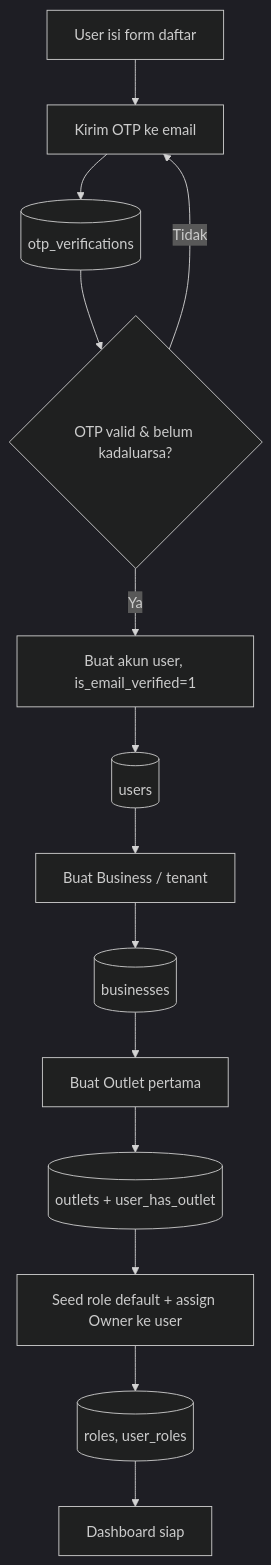
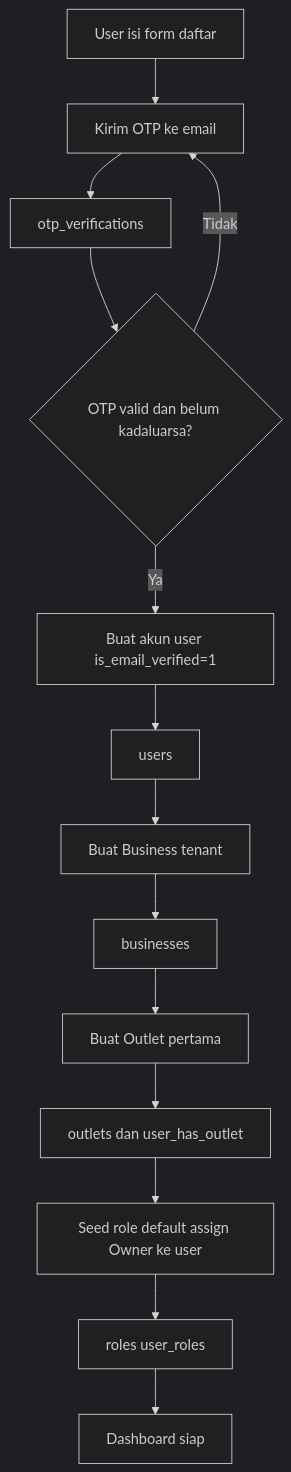
One commit to pnjia/MVP_RETAIL changed the first of 11 diagrams in new/03_Data/DATABASE_DESIGN_Eqiozmart_v1.md. Above: the diagram before and after it, drawn with Mermaid (dark theme). The commit also changed other lines of this file and 43 other files, not shown here.

````diff
--- a/new/03_Data/DATABASE_DESIGN_Eqiozmart_v1.md
+++ b/new/03_Data/DATABASE_DESIGN_Eqiozmart_v1.md
@@ -128,16 +128,16 @@
 ```mermaid
 flowchart TD
     A[User isi form daftar] --> B[Kirim OTP ke email]
-    B --> C[(otp_verifications)]
-    C --> D{OTP valid & belum kadaluarsa?}
+    B --> C[otp_verifications]
+    C --> D{OTP valid dan belum kadaluarsa?}
     D -->|Tidak| B
-    D -->|Ya| E[Buat akun user, is_email_verified=1]
-    E --> F[(users)]
-    F --> G[Buat Business / tenant]
-    G --> H[(businesses)]
+    D -->|Ya| E[Buat akun user is_email_verified=1]
+    E --> F[users]
+    F --> G[Buat Business tenant]
+    G --> H[businesses]
     H --> I[Buat Outlet pertama]
-    I --> J[(outlets + user_has_outlet)]
-    J --> K[Seed role default + assign Owner ke user]
-    K --> L[(roles, user_roles)]
+    I --> J[outlets dan user_has_outlet]
+    J --> K[Seed role default assign Owner ke user]
+    K --> L[roles user_roles]
     L --> M[Dashboard siap]
 ```
````
